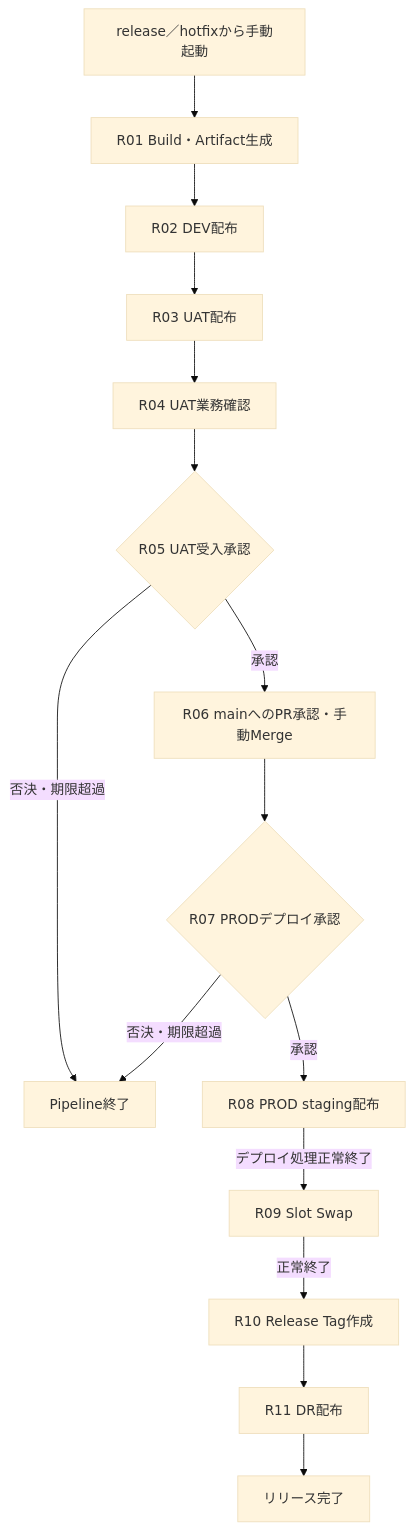
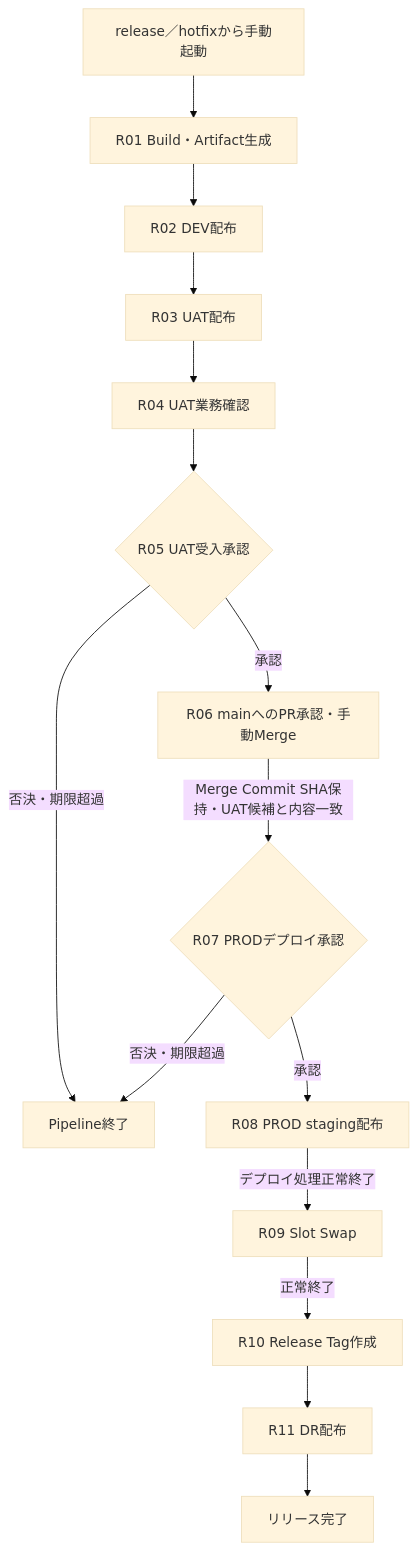
One commit to ShimaBell0619/cicd-demo changed the second of 3 diagrams in docs/方式設計書/CI_CD_方式設計書.md. Above: the diagram before and after it, drawn with Mermaid (base theme). The commit also changed other lines of this file and 2 other files, not shown here.

Commit message:
docs: tag retained main merge commit after successful production swap

````diff
--- a/docs/方式設計書/CI_CD_方式設計書.md
+++ b/docs/方式設計書/CI_CD_方式設計書.md
@@ -153,17 +153,17 @@
 ```mermaid
 flowchart TB
     S["release／hotfixから手動起動"] --> R01["R01 Build・Artifact生成"]
     R01 --> R02["R02 DEV配布"]
     R02 --> R03["R03 UAT配布"]
     R03 --> R04["R04 UAT業務確認"]
     R04 --> R05{"R05 UAT受入承認"}
     R05 -->|承認| R06["R06 mainへのPR承認・手動Merge"]
     R05 -->|否決・期限超過| E["Pipeline終了"]
-    R06 --> R07{"R07 PRODデプロイ承認"}
+    R06 -->|Merge Commit SHA保持・UAT候補と内容一致| R07{"R07 PRODデプロイ承認"}
     R07 -->|承認| R08["R08 PROD staging配布"]
     R07 -->|否決・期限超過| E
     R08 -->|デプロイ処理正常終了| R09["R09 Slot Swap"]
     R09 -->|正常終了| R10["R10 Release Tag作成"]
     R10 --> R11["R11 DR配布"]
     R11 --> F["リリース完了"]
 ```
````
